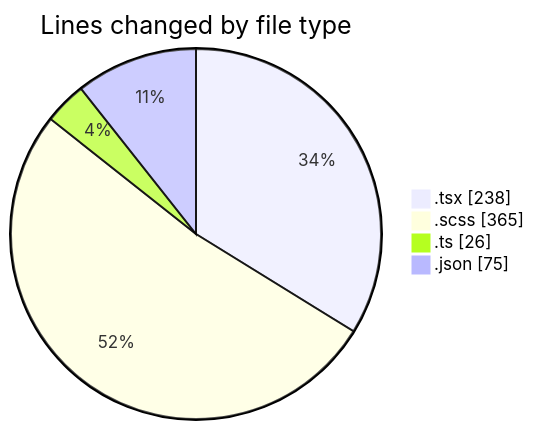
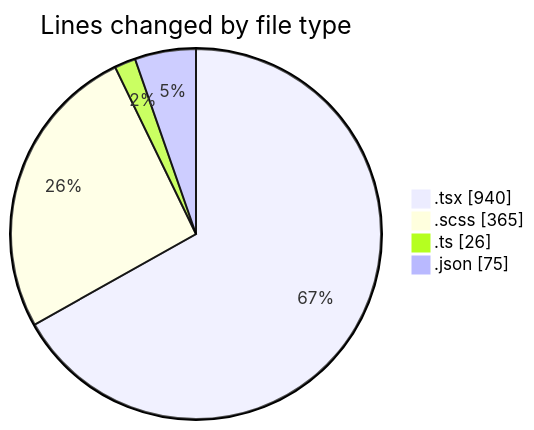
One commit to momahboobian/code-tracking changed the first of 2 diagrams in 2025-04-09/cda/README.md. Above: the diagram before and after it, drawn with Mermaid. The commit also changed other lines of this file and 1 other file, not shown here.

````diff
--- a/2025-04-09/cda/README.md
+++ b/2025-04-09/cda/README.md
@@ -24,8 +26,8 @@
 ```mermaid
 pie showData
 title Lines changed by file type
-".tsx" : 238
+".tsx" : 940
 ".scss" : 365
 ".ts" : 26
 ".json" : 75
 ```
````
